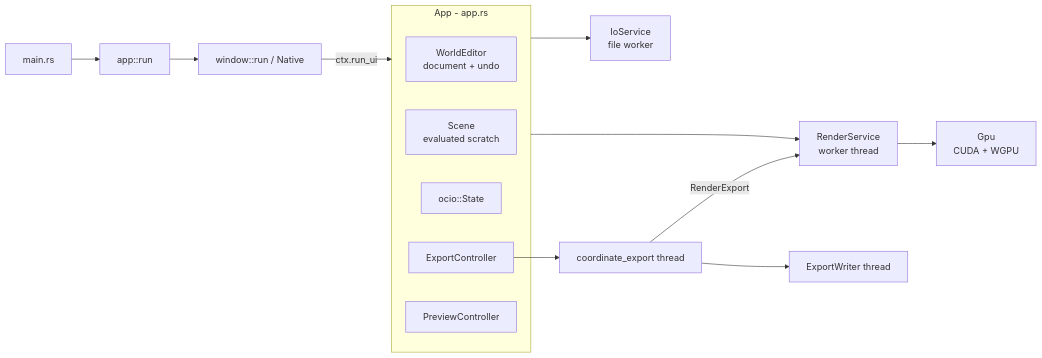
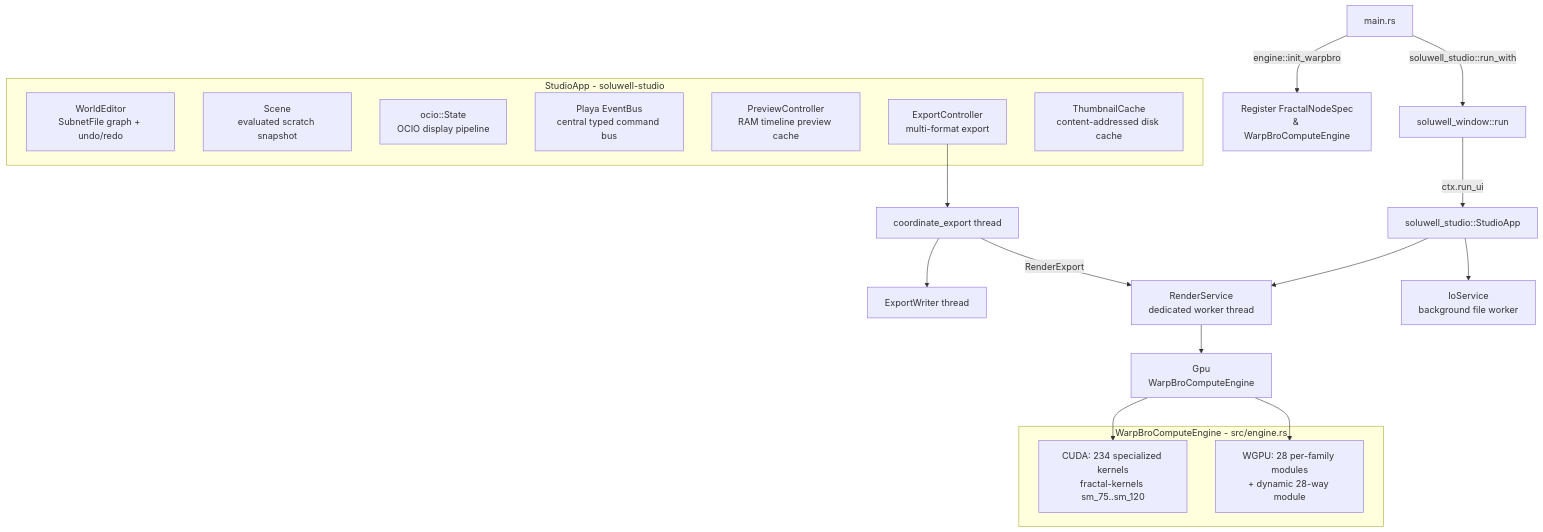
Before and after one commit to ssoj13/warpbro-rs: the first of 6 diagrams in DIAGRAMS.md, drawn with Mermaid. The commit also changed other lines of this file and 9 other files, not shown here.

Commit message:
docs: update PLAN.md, CHANGELOG.md, AGENTS.md, DIAGRAMS.md, README.md, and mdBook

````diff
--- a/DIAGRAMS.md
+++ b/DIAGRAMS.md
@@ -8,17 +10,30 @@
 ```mermaid
-flowchart LR
-  main[main.rs] --> run[app::run] --> win[window::run / Native]
-  win -->|ctx.run_ui| App
-  subgraph App[App - app.rs]
-    world[WorldEditor<br/>document + undo]
-    scene[Scene<br/>evaluated scratch]
-    colour[ocio::State]
-    export[ExportController]
-    preview[PreviewController]
+flowchart TD
+  main[main.rs] -->|engine::init_warpbro| reg[Register FractalNodeSpec<br/>& WarpBroComputeEngine]
+  main -->|soluwell_studio::run_with| win[soluwell_window::run]
+  win -->|ctx.run_ui| app[soluwell_studio::StudioApp]
+
+  subgraph StudioApp[StudioApp - soluwell-studio]
+    world[WorldEditor<br/>SubnetFile graph + undo/redo]
+    scene[Scene<br/>evaluated scratch snapshot]
+    colour[ocio::State<br/>OCIO display pipeline]
+    bus[Playa EventBus<br/>central typed command bus]
+    preview[PreviewController<br/>RAM timeline preview cache]
+    export[ExportController<br/>multi-format export]
+    thumb[ThumbnailCache<br/>content-addressed disk cache]
   end
-  App --> rs[RenderService<br/>worker thread]
-  App --> io[IoService<br/>file worker]
-  rs --> gpu[Gpu<br/>CUDA + WGPU]
+
+  app --> rs[RenderService<br/>dedicated worker thread]
+  app --> io[IoService<br/>background file worker]
+  rs --> gpu[Gpu<br/>WarpBroComputeEngine]
+
+  subgraph WarpBroComputeEngine[WarpBroComputeEngine - src/engine.rs]
+    cuda[CUDA: 234 specialized kernels<br/>fractal-kernels sm_75..sm_120]
+    wgpu[WGPU: 28 per-family modules<br/>+ dynamic 28-way module]
+  end
+
+  gpu --> cuda
+  gpu --> wgpu
   export --> coord[coordinate_export thread] --> writer[ExportWriter thread]
   coord -->|RenderExport| rs
 ```
````
